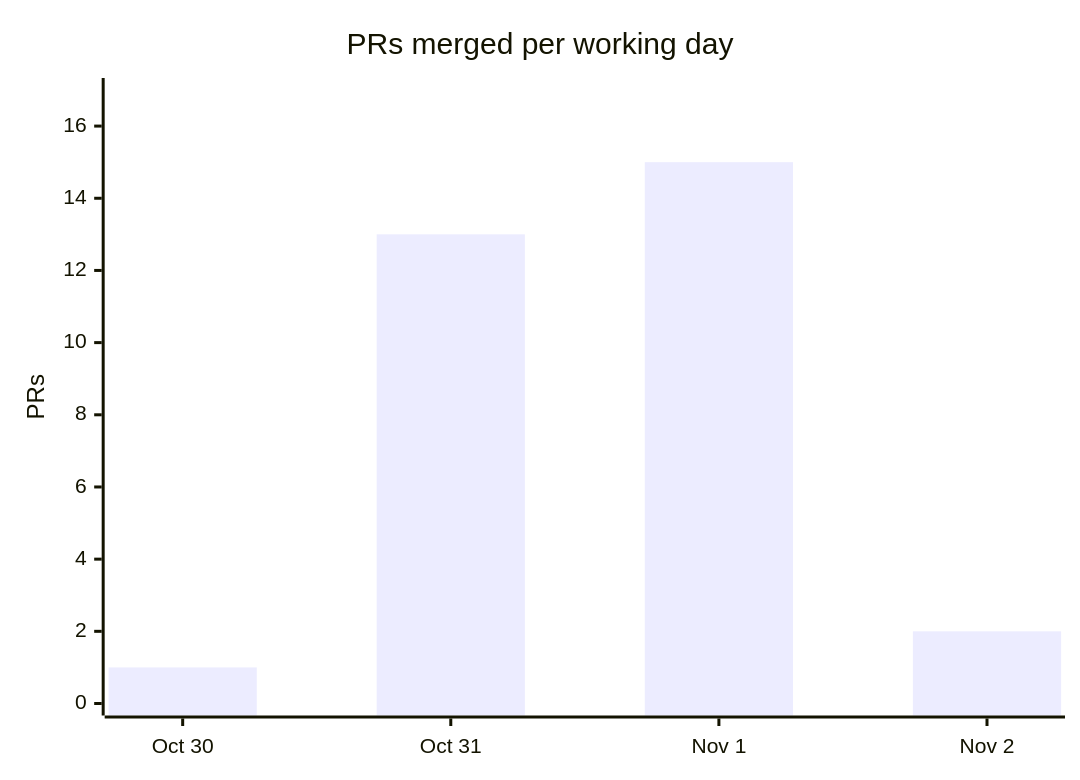
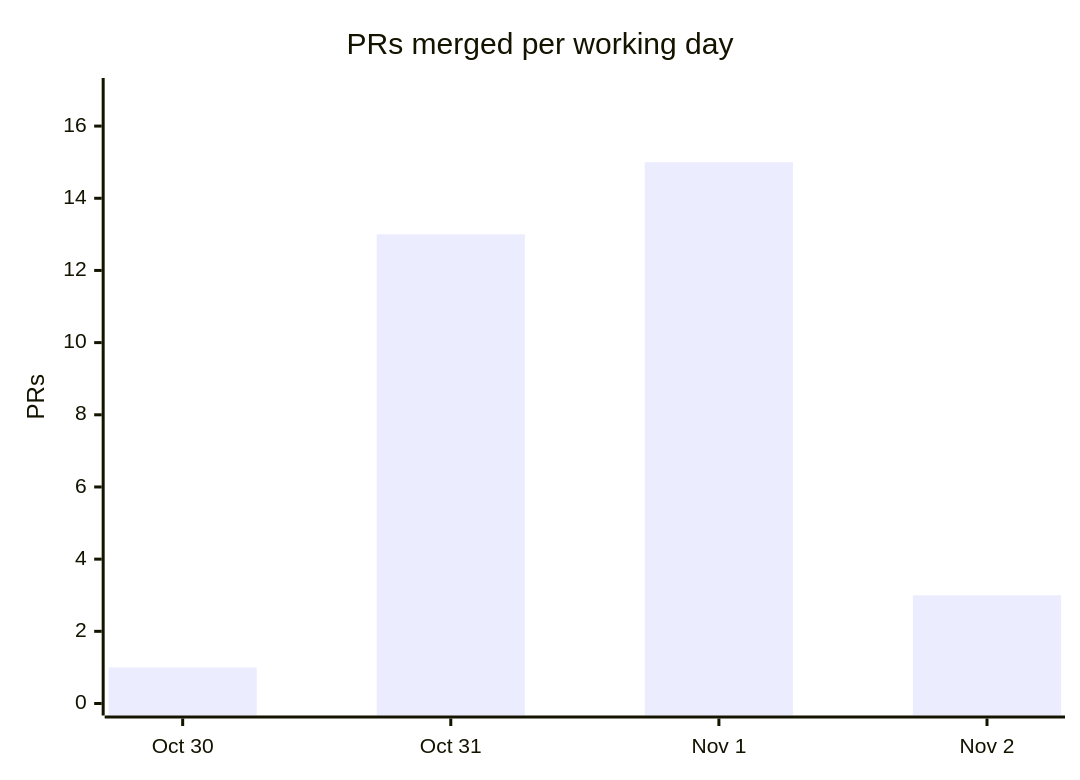
Before and after one commit to cmprssd/nfsh: the fourth of 4 diagrams in docs/OVERVIEW.md, drawn with Mermaid. The commit also changed other lines of this file and 6 other files, not shown here.

````diff
--- a/docs/OVERVIEW.md
+++ b/docs/OVERVIEW.md
@@ -139,7 +139,7 @@
 ```mermaid
 xychart-beta
     title "PRs merged per working day"
     x-axis ["Oct 30", "Oct 31", "Nov 1", "Nov 2"]
     y-axis "PRs" 0 --> 17
-    bar [1, 13, 15, 2]
+    bar [1, 13, 15, 3]
 ```
````
